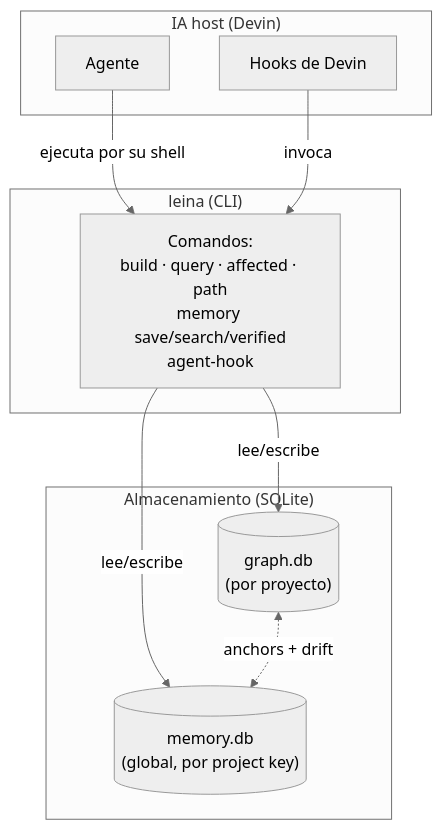
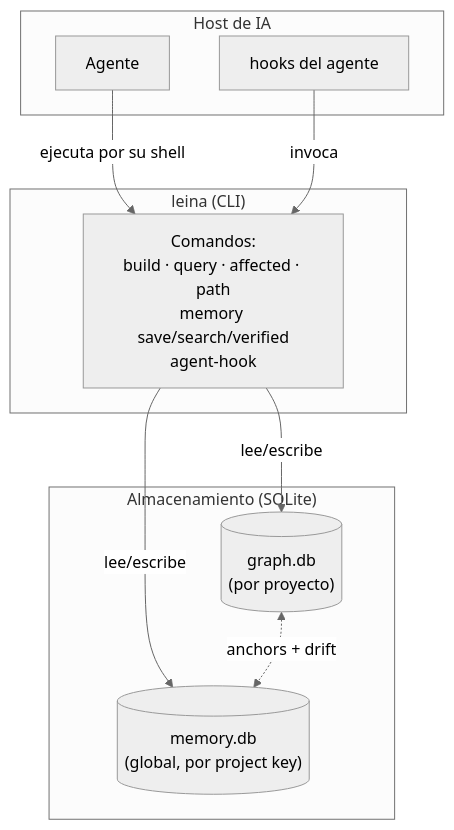
The diagram in docs/i18n/es/concepts/README.md (Kolimar/leina), drawn with Mermaid (neutral theme) before and after one commit. The commit also changed other lines of this file and 13 other files, not shown here.

````diff
--- a/docs/i18n/es/concepts/README.md
+++ b/docs/i18n/es/concepts/README.md
@@ -65,22 +65,22 @@
 ```mermaid
 flowchart TB
-    subgraph host["IA host (Devin)"]
+    subgraph host["Host de IA"]
         agent["Agente"]
-        hooks["Hooks de Devin"]
+        hooks["hooks del agente"]
     end
 
     subgraph cli["leina (CLI)"]
         cmds["Comandos:<br/>build · query · affected · path<br/>memory save/search/verified<br/>agent-hook"]
     end
 
     subgraph stores["Almacenamiento (SQLite)"]
         graphdb[("graph.db<br/>(por proyecto)")]
         memdb[("memory.db<br/>(global, por project key)")]
     end
 
     agent -->|ejecuta por su shell| cmds
     hooks -->|invoca| cmds
     cmds -->|lee/escribe| graphdb
     cmds -->|lee/escribe| memdb
     graphdb <-.->|anchors + drift| memdb
 ```
````
